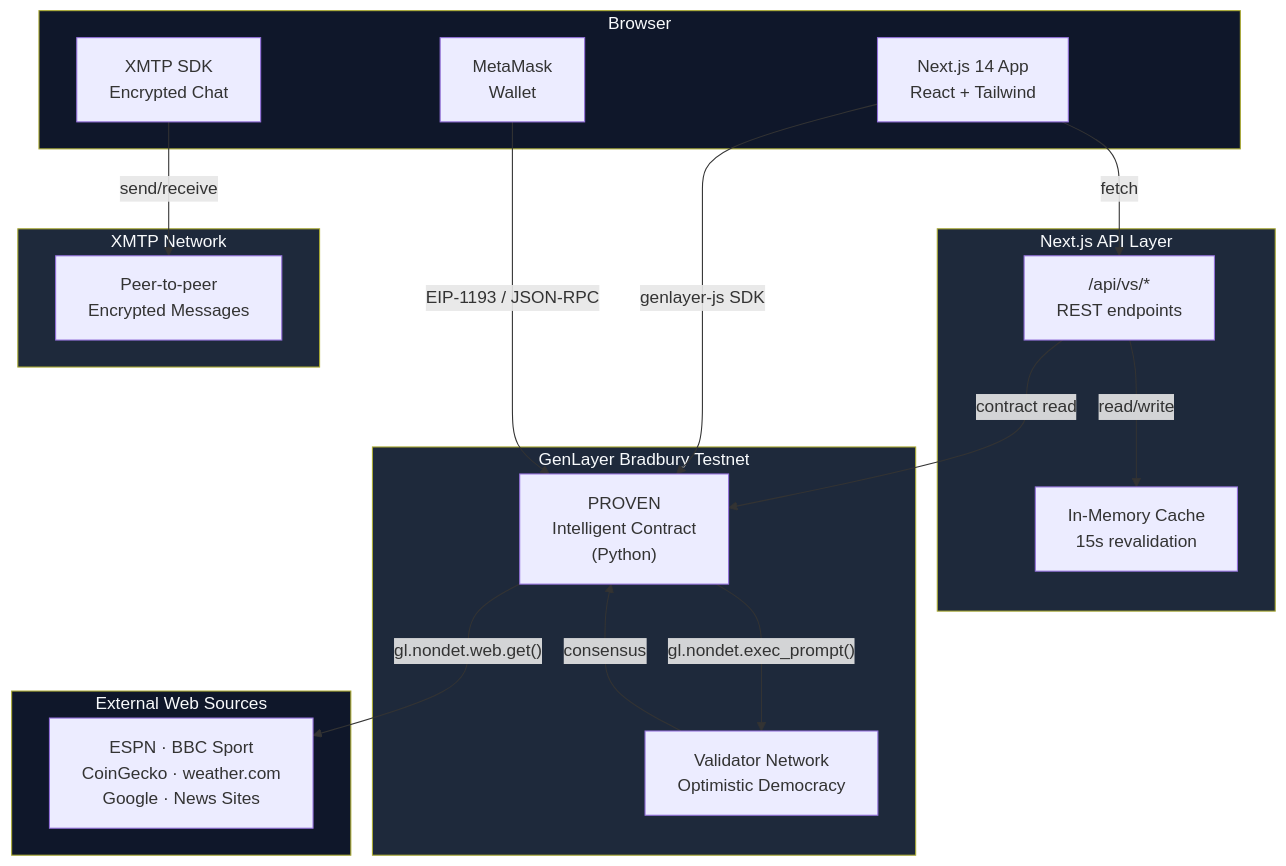
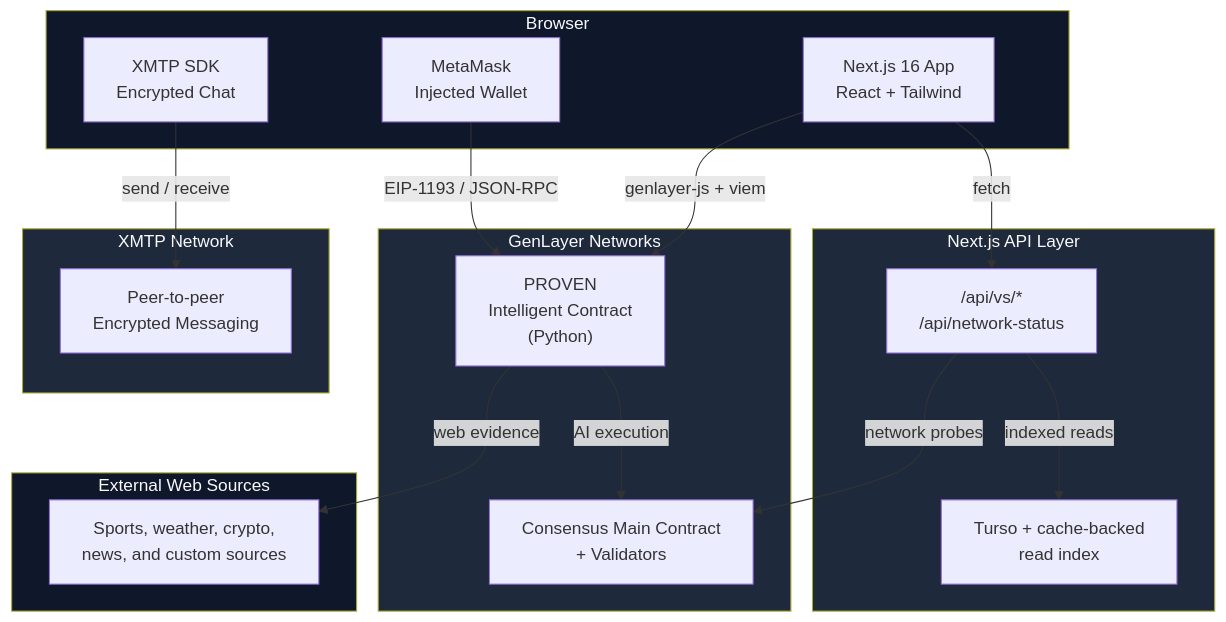
The first of 4 diagrams in README.md (proven-xyz/proven-app), drawn with Mermaid before and after one commit. The commit also changed other lines of this file and 1 other file, not shown here.

Commit message:
fix(contract): ensure correct API bypass for non-Bradbury networks

````diff
--- a/README.md
+++ b/README.md
@@ -120,42 +119,41 @@
 ```mermaid
 flowchart TB
     subgraph Browser["Browser"]
-        UI["Next.js 14 App\nReact + Tailwind"]
-        Wallet["MetaMask\nWallet"]
+        UI["Next.js 16 App\nReact + Tailwind"]
+        Wallet["MetaMask\nInjected Wallet"]
         XMTP["XMTP SDK\nEncrypted Chat"]
     end
 
     subgraph API["Next.js API Layer"]
-        Cache["In-Memory Cache\n15s revalidation"]
-        Routes["/api/vs/*\nREST endpoints"]
+        Routes["/api/vs/*\n/api/network-status"]
+        Index["Turso + cache-backed\nread index"]
     end
 
-    subgraph GenLayer["GenLayer Bradbury Testnet"]
+    subgraph GenLayer["GenLayer Networks"]
         Contract["PROVEN\nIntelligent Contract\n(Python)"]
-        Validators["Validator Network\nOptimistic Democracy"]
+        Consensus["Consensus Main Contract\n+ Validators"]
     end
 
     subgraph External["External Web Sources"]
-        Sources["ESPN · BBC Sport\nCoinGecko · weather.com\nGoogle · News Sites"]
+        Sources["Sports, weather, crypto,\nnews, and custom sources"]
     end
 
     subgraph Messaging["XMTP Network"]
-        XMTPNet["Peer-to-peer\nEncrypted Messages"]
+        XMTPNet["Peer-to-peer\nEncrypted Messaging"]
     end
 
-    UI -- "genlayer-js SDK" --> Contract
+    UI -- "genlayer-js + viem" --> Contract
     Wallet -- "EIP-1193 / JSON-RPC" --> Contract
     UI -- "fetch" --> Routes
-    Routes -- "contract read" --> Contract
-    Routes -- "read/write" --> Cache
-    Contract -- "gl.nondet.web.get()" --> Sources
-    Contract -- "gl.nondet.exec_prompt()" --> Validators
-    Validators -- "consensus" --> Contract
-    XMTP -- "send/receive" --> XMTPNet
+    Routes -- "indexed reads" --> Index
+    Routes -- "network probes" --> Consensus
+    Contract -- "web evidence" --> Sources
+    Contract -- "AI execution" --> Consensus
+    XMTP -- "send / receive" --> XMTPNet
 
     style Browser fill:#0f172a,color:#f8fafc
     style API fill:#1e293b,color:#f8fafc
     style GenLayer fill:#1e293b,color:#f8fafc
     style External fill:#0f172a,color:#f8fafc
     style Messaging fill:#1e293b,color:#f8fafc
 ```
````
